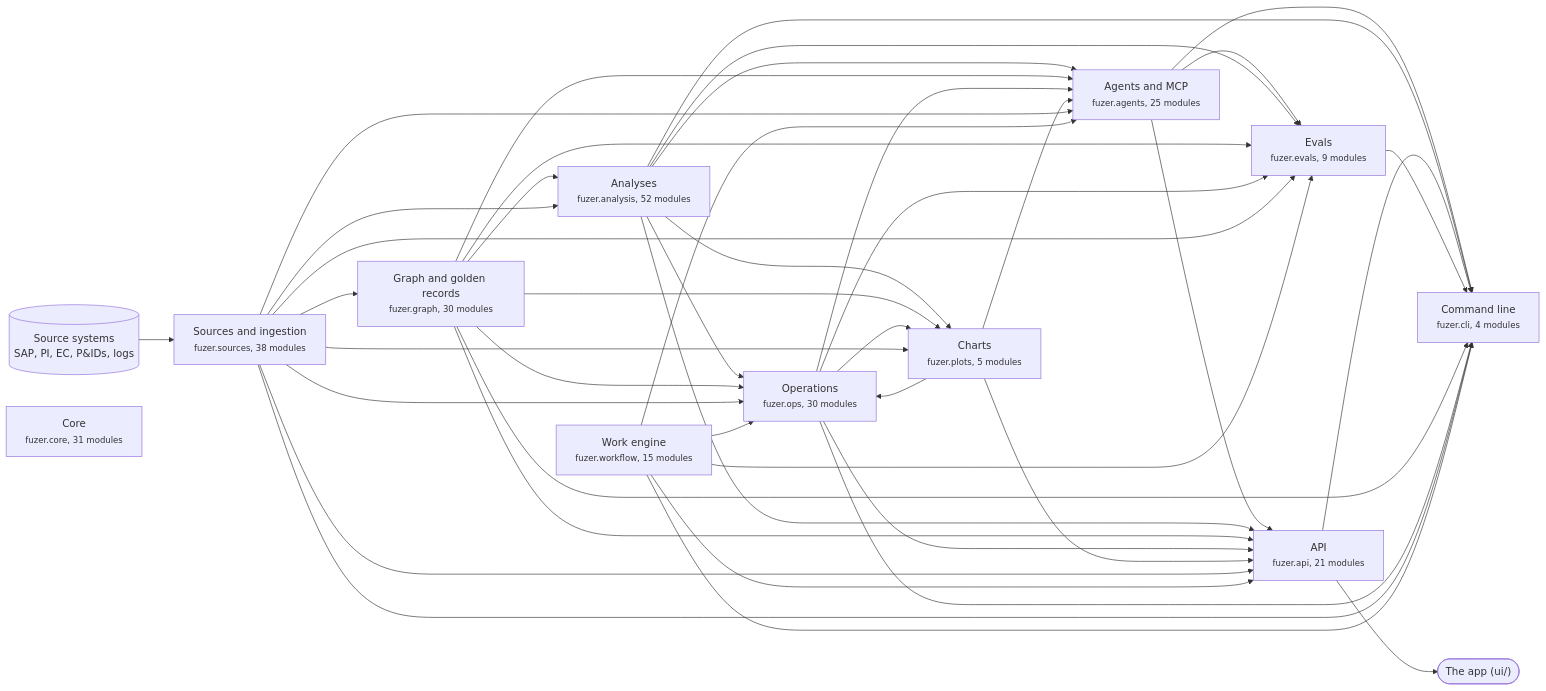
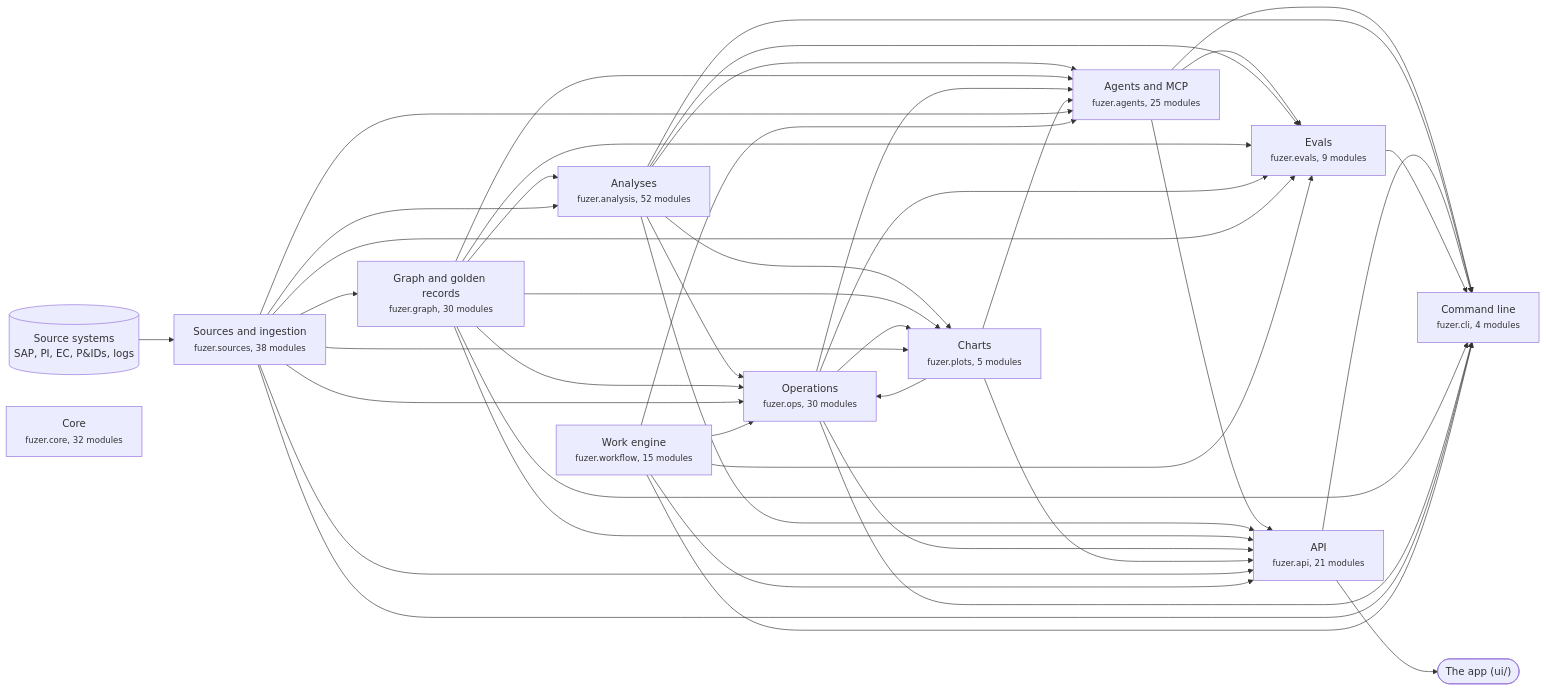
The first of 3 diagrams in docs/architecture.md (areed145/fuzer), drawn with Mermaid before and after one commit. The commit also changed other lines of this file and 31 other files, not shown here.

````diff
--- a/docs/architecture.md
+++ b/docs/architecture.md
@@ -8,67 +8,67 @@
 ```mermaid
 flowchart LR
   systems[("Source systems<br>SAP, PI, EC, P&IDs, logs")] --> c_sources
   app(["The app (ui/)"])
   c_api --> app
   c_sources["Sources and ingestion<br><small>fuzer.sources, 38 modules</small>"]
   c_graph["Graph and golden records<br><small>fuzer.graph, 30 modules</small>"]
   c_analysis["Analyses<br><small>fuzer.analysis, 52 modules</small>"]
   c_ops["Operations<br><small>fuzer.ops, 30 modules</small>"]
   c_plots["Charts<br><small>fuzer.plots, 5 modules</small>"]
   c_workflow["Work engine<br><small>fuzer.workflow, 15 modules</small>"]
   c_agents["Agents and MCP<br><small>fuzer.agents, 25 modules</small>"]
   c_evals["Evals<br><small>fuzer.evals, 9 modules</small>"]
   c_api["API<br><small>fuzer.api, 21 modules</small>"]
   c_cli["Command line<br><small>fuzer.cli, 4 modules</small>"]
-  c_core["Core<br><small>fuzer.core, 31 modules</small>"]
+  c_core["Core<br><small>fuzer.core, 32 modules</small>"]
   c_sources --> c_graph
   c_graph --> c_analysis
   c_sources --> c_analysis
   c_analysis --> c_ops
   c_graph --> c_ops
   c_plots --> c_ops
   c_sources --> c_ops
   c_workflow --> c_ops
   c_analysis --> c_plots
   c_graph --> c_plots
   c_ops --> c_plots
   c_sources --> c_plots
   c_analysis --> c_agents
   c_graph --> c_agents
   c_ops --> c_agents
   c_plots --> c_agents
   c_sources --> c_agents
   c_workflow --> c_agents
   c_agents --> c_evals
   c_analysis --> c_evals
   c_graph --> c_evals
   c_ops --> c_evals
   c_sources --> c_evals
   c_workflow --> c_evals
   c_agents --> c_api
   c_analysis --> c_api
   c_graph --> c_api
   c_ops --> c_api
   c_plots --> c_api
   c_sources --> c_api
   c_workflow --> c_api
   c_agents --> c_cli
   c_analysis --> c_cli
   c_api --> c_cli
   c_evals --> c_cli
   c_graph --> c_cli
   c_ops --> c_cli
   c_sources --> c_cli
   c_workflow --> c_cli
   click c_sources "https://github.com/areed145/fuzer/tree/main/src/fuzer/sources"
   click c_graph "https://github.com/areed145/fuzer/tree/main/src/fuzer/graph"
   click c_analysis "https://github.com/areed145/fuzer/tree/main/src/fuzer/analysis"
   click c_ops "https://github.com/areed145/fuzer/tree/main/src/fuzer/ops"
   click c_plots "https://github.com/areed145/fuzer/tree/main/src/fuzer/plots"
   click c_workflow "https://github.com/areed145/fuzer/tree/main/src/fuzer/workflow"
   click c_agents "https://github.com/areed145/fuzer/tree/main/src/fuzer/agents"
   click c_evals "https://github.com/areed145/fuzer/tree/main/src/fuzer/evals"
   click c_api "https://github.com/areed145/fuzer/tree/main/src/fuzer/api"
   click c_cli "https://github.com/areed145/fuzer/tree/main/src/fuzer/cli"
   click c_core "https://github.com/areed145/fuzer/tree/main/src/fuzer/core"
 ```
````
